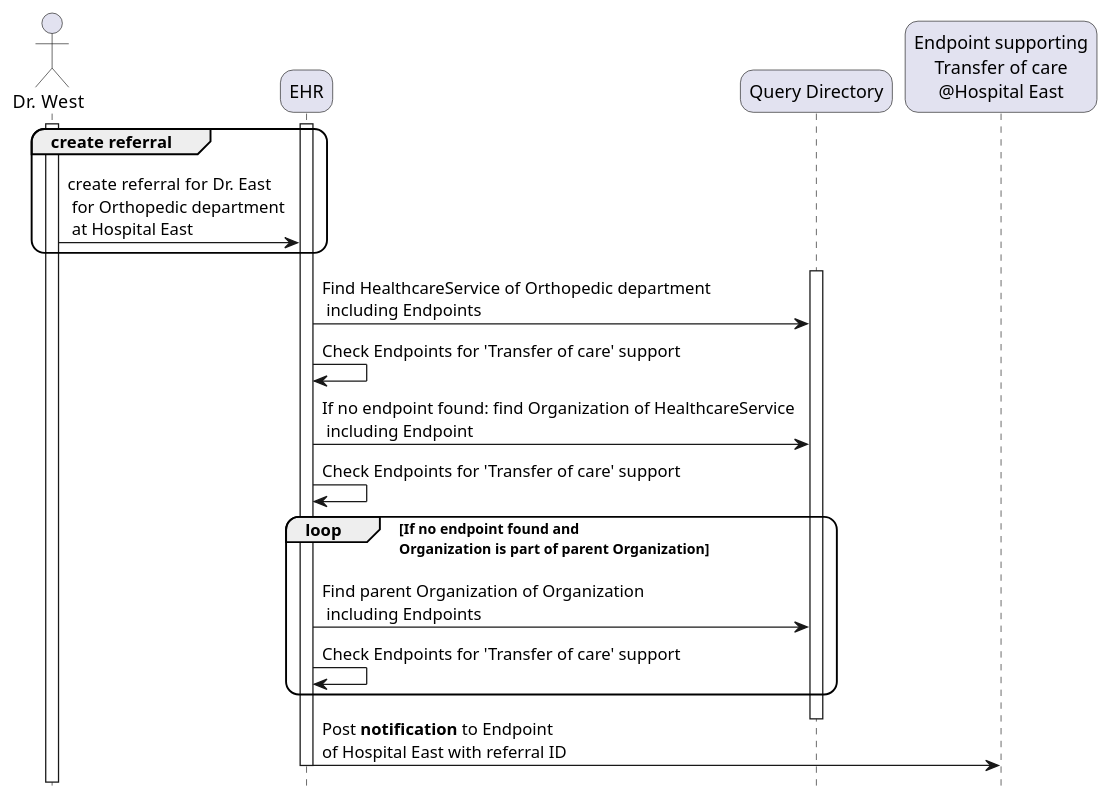
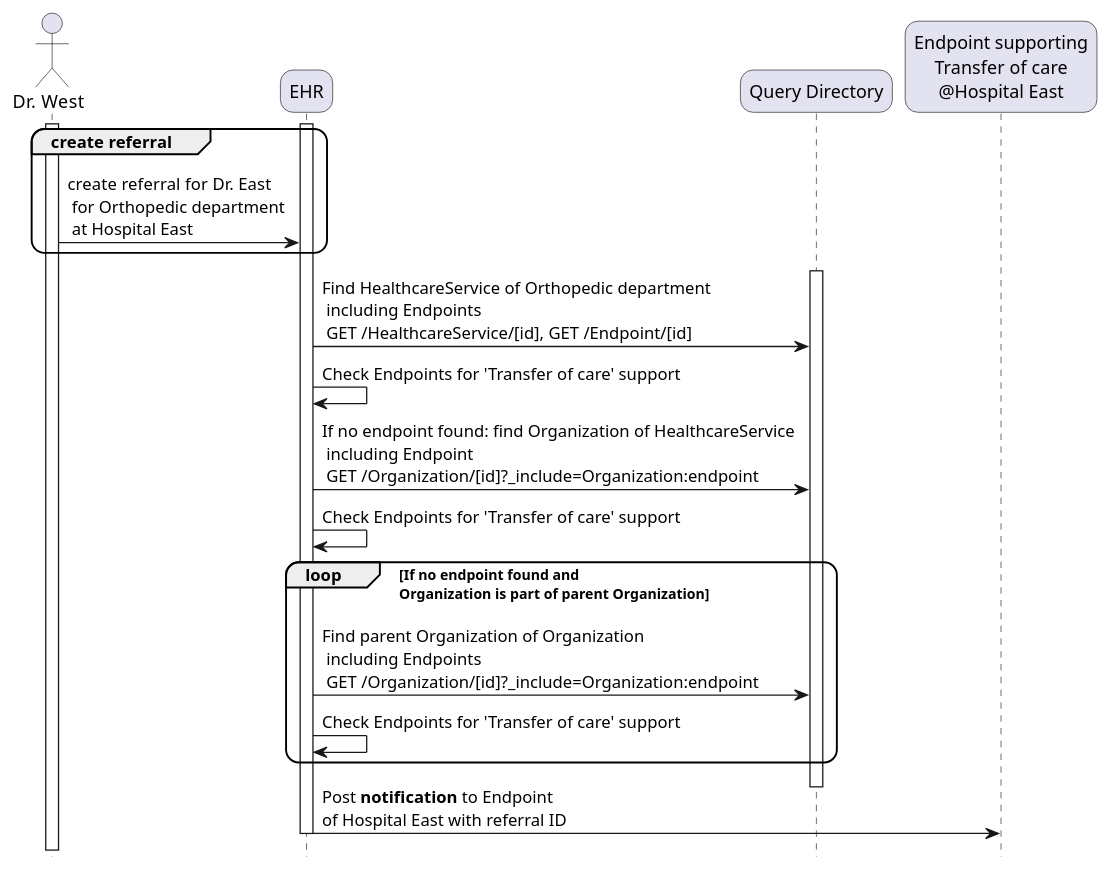
Before and after one commit to nuts-foundation/nl-generic-functions-ig: the diagram in input/images-source/care-services-use-case-2.plantuml, drawn with PlantUML. The commit also changed 1 other file, not shown here.

Commit message:
example queries in sequence diagrams

```diff
--- a/input/images-source/care-services-use-case-2.plantuml
+++ b/input/images-source/care-services-use-case-2.plantuml
@@ -1,34 +1,34 @@
 @startuml care-services-use-case-2
 
 skinparam roundcorner 20
 skinparam defaultFontName Arial 
 hide footbox
 
 !pragma teoz true
 
 actor  Doctor as "Dr. West"
 participant  EHR as "EHR"
 participant  CSD as "Query Directory"
 participant  EHR2 as "Endpoint supporting\nTransfer of care\n@Hospital East"
 
 
 activate Doctor
 activate EHR
 group create referral 
  Doctor -> EHR: create referral for Dr. East\n for Orthopedic department\n at Hospital East
 end
 activate CSD
-EHR -> CSD: Find HealthcareService of Orthopedic department\n including Endpoints
+EHR -> CSD: Find HealthcareService of Orthopedic department\n including Endpoints\n GET /HealthcareService/[id], GET /Endpoint/[id]
 EHR -> EHR: Check Endpoints for 'Transfer of care' support
-EHR -> CSD: If no endpoint found: find Organization of HealthcareService\n including Endpoint
+EHR -> CSD: If no endpoint found: find Organization of HealthcareService\n including Endpoint\n GET /Organization/[id]?_include=Organization:endpoint
 EHR -> EHR: Check Endpoints for 'Transfer of care' support
 loop If no endpoint found and\nOrganization is part of parent Organization
-    EHR -> CSD: Find parent Organization of Organization\n including Endpoints
+    EHR -> CSD: Find parent Organization of Organization\n including Endpoints\n GET /Organization/[id]?_include=Organization:endpoint
     EHR -> EHR: Check Endpoints for 'Transfer of care' support
 end
 deactivate CSD
 EHR -> EHR2: Post **notification** to Endpoint\nof Hospital East with referral ID
 
 deactivate Doctor
 deactivate EHR
 @enduml
```
